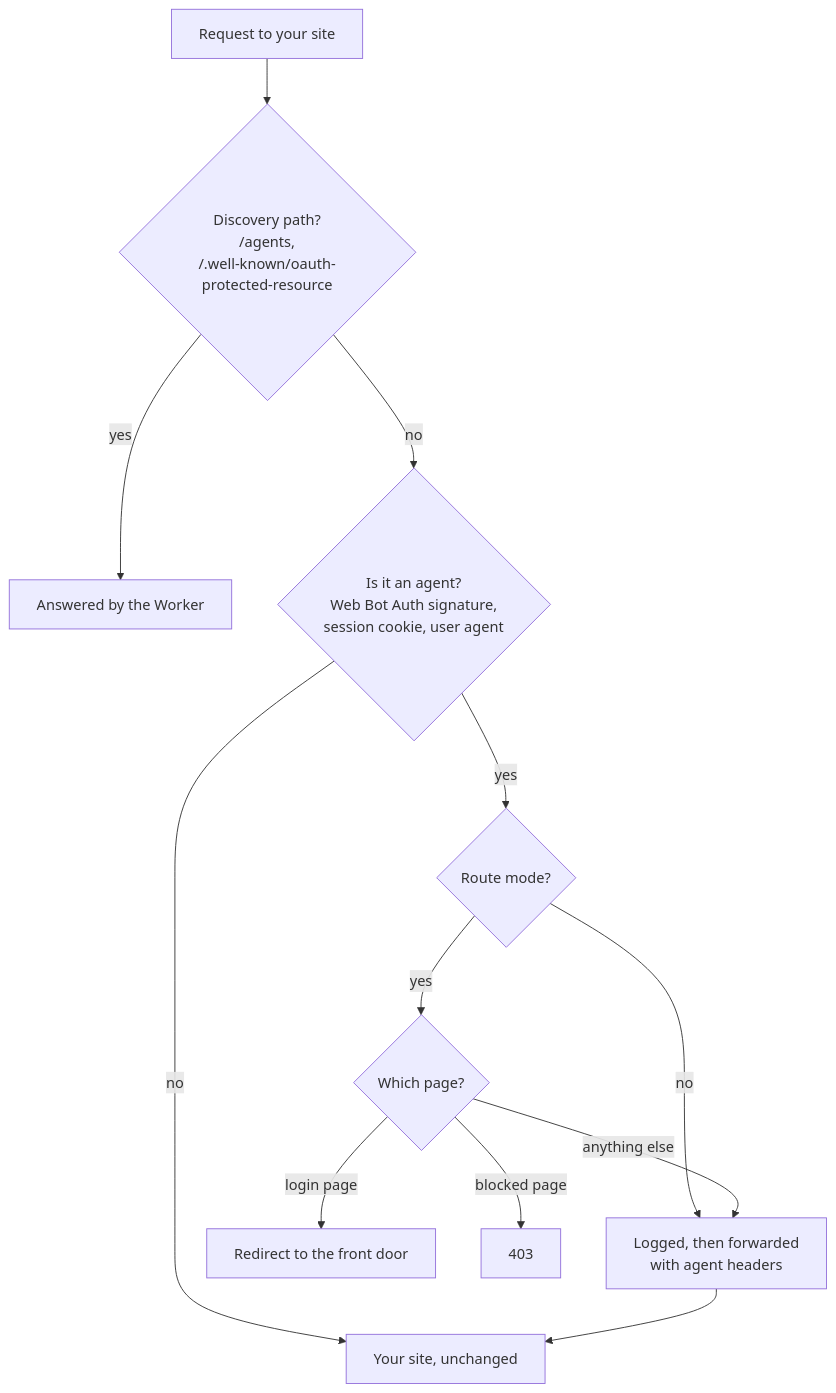
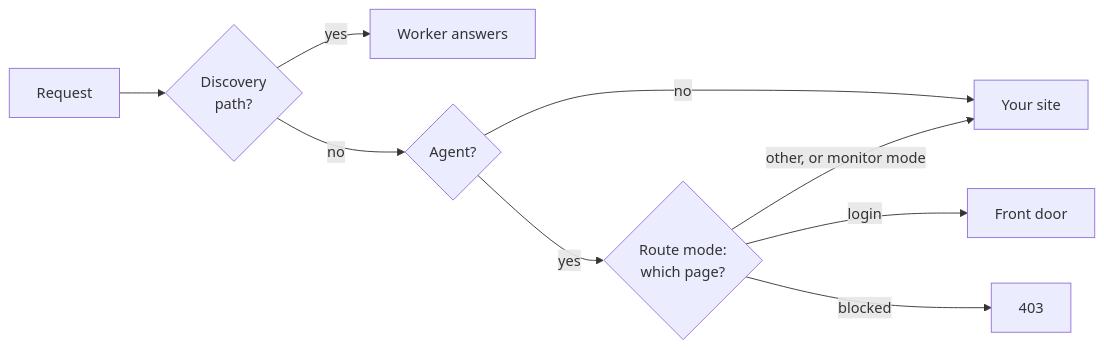
One commit to descope/agent-edge changed the diagram in cloudflare/README.md. Above: the diagram before and after it, drawn with Mermaid. The commit also changed other lines of this file and 2 other files, not shown here.

````diff
--- a/cloudflare/README.md
+++ b/cloudflare/README.md
@@ -9,14 +9,11 @@
 ```mermaid
-flowchart TD
-  req[Request to your site] --> disc{"Discovery path?<br/>/agents,<br/>/.well-known/oauth-protected-resource"}
-  disc -- yes --> served[Answered by the Worker]
-  disc -- no --> agent{"Is it an agent?<br/>Web Bot Auth signature,<br/>session cookie, user agent"}
-  agent -- no --> site[Your site, unchanged]
-  agent -- yes --> mode{Route mode?}
-  mode -- no --> logged[Logged, then forwarded<br/>with agent headers]
-  mode -- yes --> path{Which page?}
-  path -- login page --> door[Redirect to the front door]
-  path -- blocked page --> blocked[403]
-  path -- anything else --> logged
-  logged --> site
+flowchart LR
+  req[Request] --> disc{Discovery<br/>path?}
+  disc -- yes --> served[Worker answers]
+  disc -- no --> agent{Agent?}
+  agent -- no --> site[Your site]
+  agent -- yes --> page{Route mode:<br/>which page?}
+  page -- login --> door[Front door]
+  page -- blocked --> blocked[403]
+  page -- "other, or monitor mode" --> site
 ```
````
